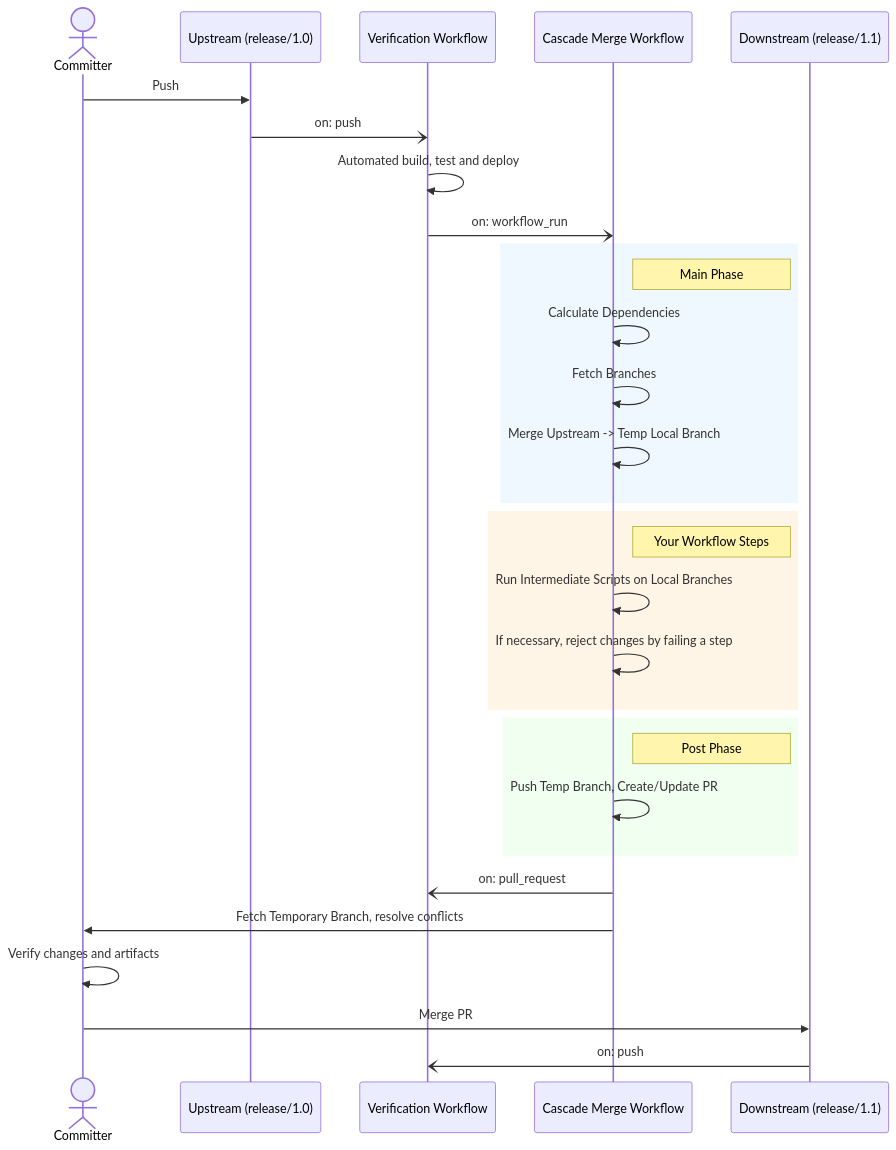
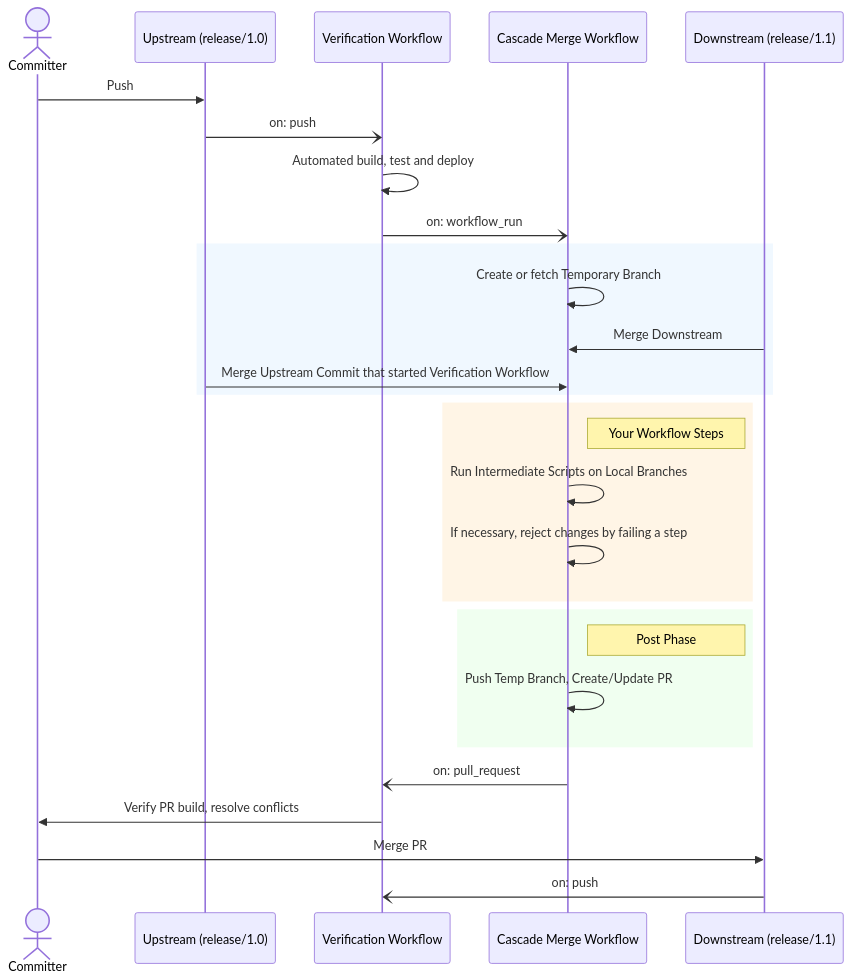
The diagram in README.md (basilevs/cascade-merge), drawn with Mermaid before and after one commit.

````diff
--- a/README.md
+++ b/README.md
@@ -20,37 +20,35 @@
 ```mermaid
 sequenceDiagram
     actor C as Committer
     participant U as Upstream (release/1.0)
     participant GH as Verification Workflow
     participant A as Cascade Merge Workflow
     participant D as Downstream (release/1.1)
 
     C->>U: Push
     U-)GH: on: push
     GH->>GH: Automated build, test and deploy
     GH-)A: on: workflow_run
     
     rect rgb(240, 248, 255)
-        note right of A: Main Phase
-        A->>A: Calculate Dependencies
-        A->>A: Fetch Branches
-        A->>A: Merge Upstream -> Temp Local Branch
+        A->>A: Create or fetch Temporary Branch
+        D->>A: Merge Downstream
+        U->>A: Merge Upstream Commit that started Verification Workflow
     end
     
     rect rgb(255, 245, 230)
         note right of A: Your Workflow Steps
         A->>A: Run Intermediate Scripts on Local Branches
         A->>A: If necessary, reject changes by failing a step
     end
     
     rect rgb(240, 255, 240)
         note right of A: Post Phase
         A->>A: Push Temp Branch, Create/Update PR
     end
     A-)GH: on: pull_request
 
-    A->>C: Fetch Temporary Branch, resolve conflicts
-    C->>C: Verify changes and artifacts
+    GH->>C: Verify PR build, resolve conflicts
     C->>D: Merge PR
     D-)GH: on: push
 ```
````
